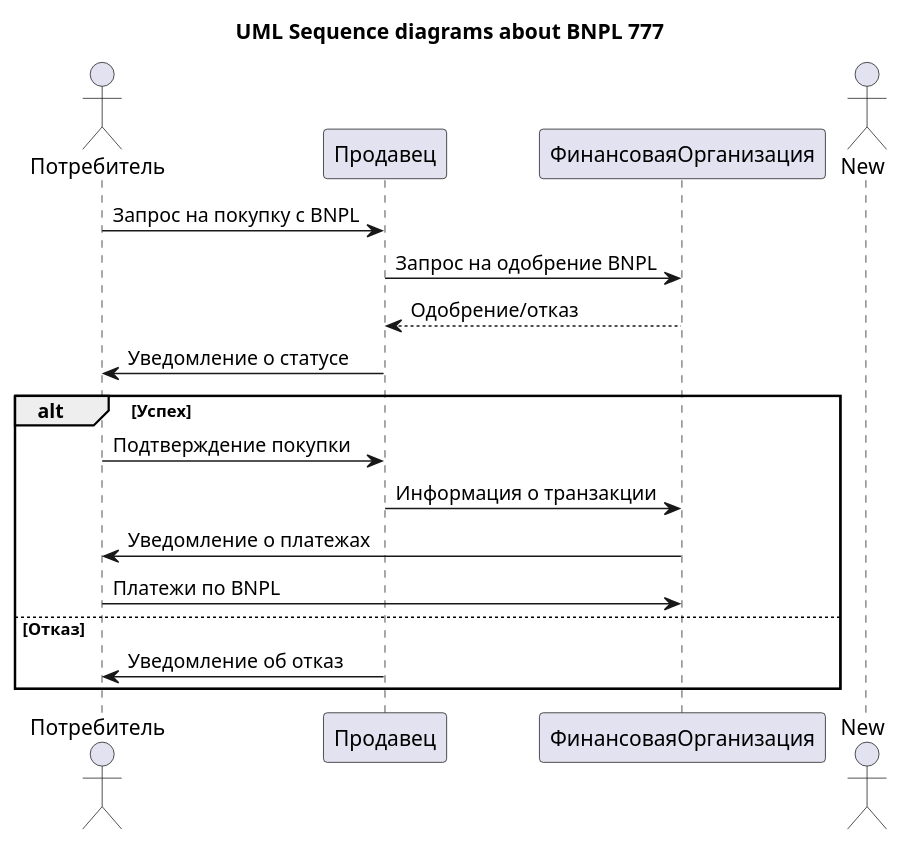
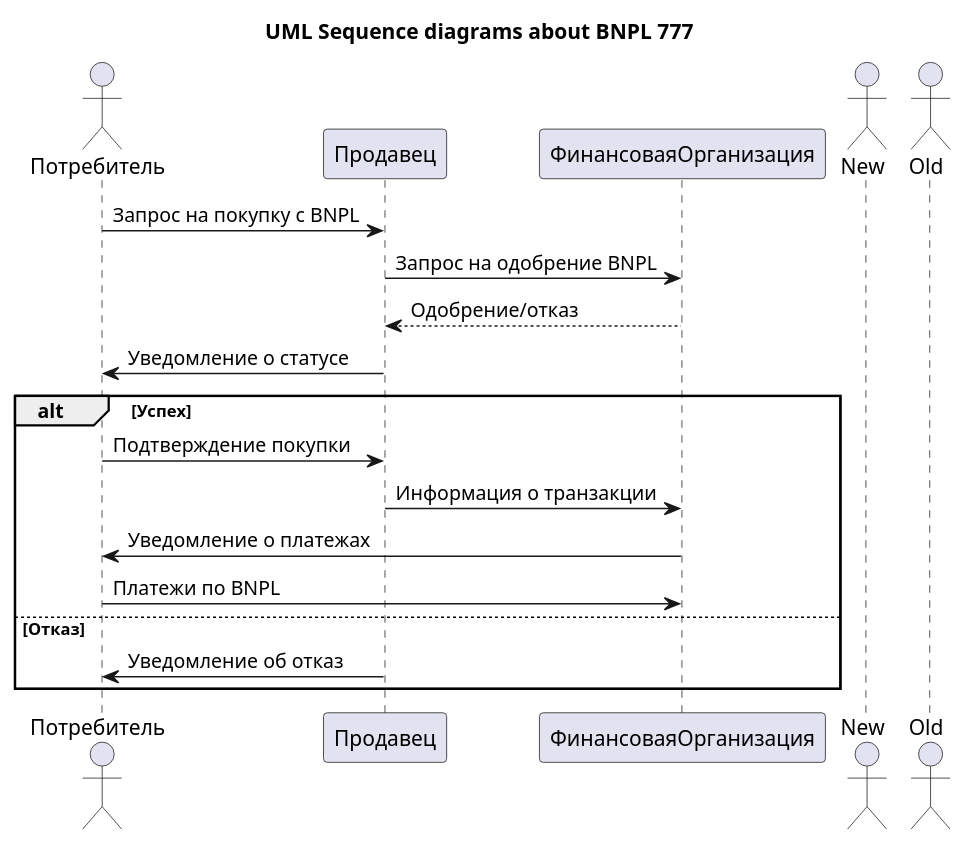
One commit to MinElmir/MVP changed the diagram in test_delet.puml. Above: the diagram before and after it, drawn with PlantUML.

```diff
--- a/test_delet.puml
+++ b/test_delet.puml
@@ -1,21 +1,22 @@
 @startuml название диаграммы
 title "UML Sequence diagrams about BNPL 777"
     actor Потребитель
     participant Продавец
     participant ФинансоваяОрганизация
 
     Потребитель->Продавец: Запрос на покупку с BNPL
     Продавец->ФинансоваяОрганизация: Запрос на одобрение BNPL
     ФинансоваяОрганизация-->Продавец: Одобрение/отказ
     Продавец->Потребитель: Уведомление о статусе
 
     alt Успех
         Потребитель->Продавец: Подтверждение покупки
         Продавец->ФинансоваяОрганизация: Информация о транзакции
         ФинансоваяОрганизация->Потребитель: Уведомление о платежах
         Потребитель->ФинансоваяОрганизация: Платежи по BNPL
     else Отказ
         Продавец->Потребитель: Уведомление об отказ
     end
     actor New
+    actor Old
 @enduml
```
